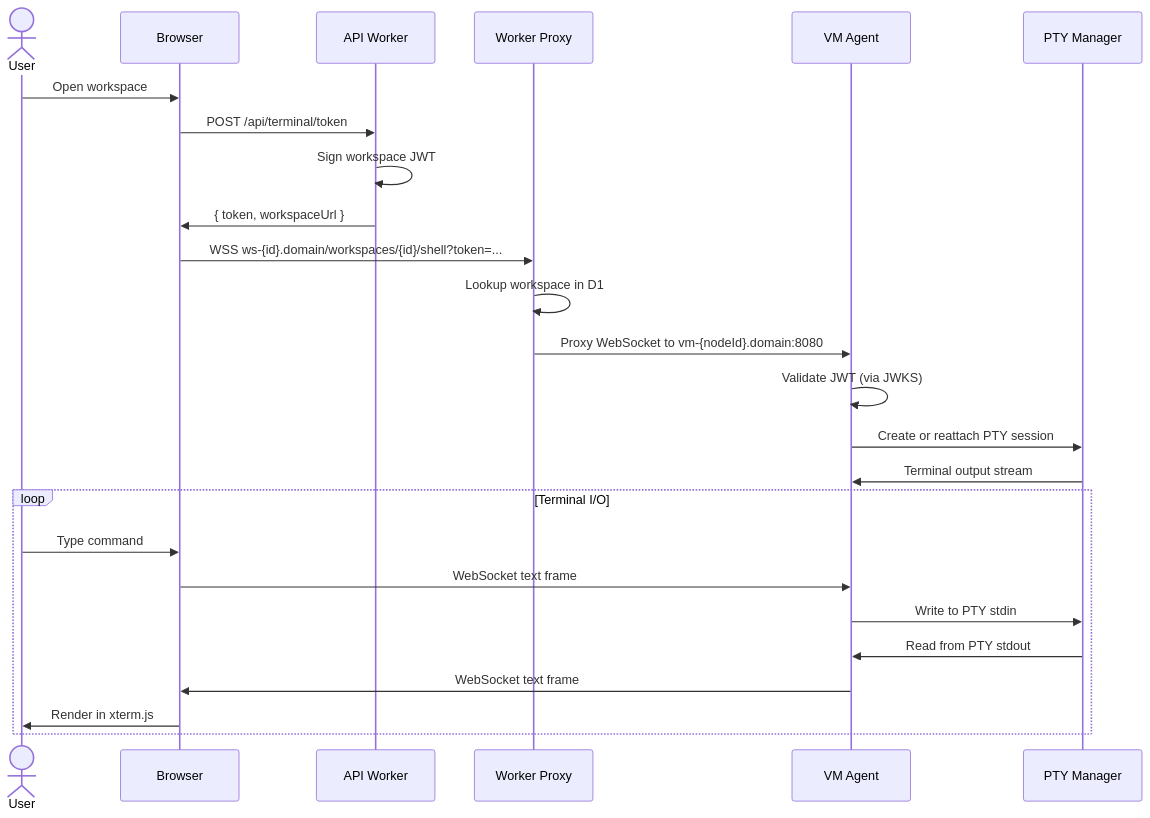
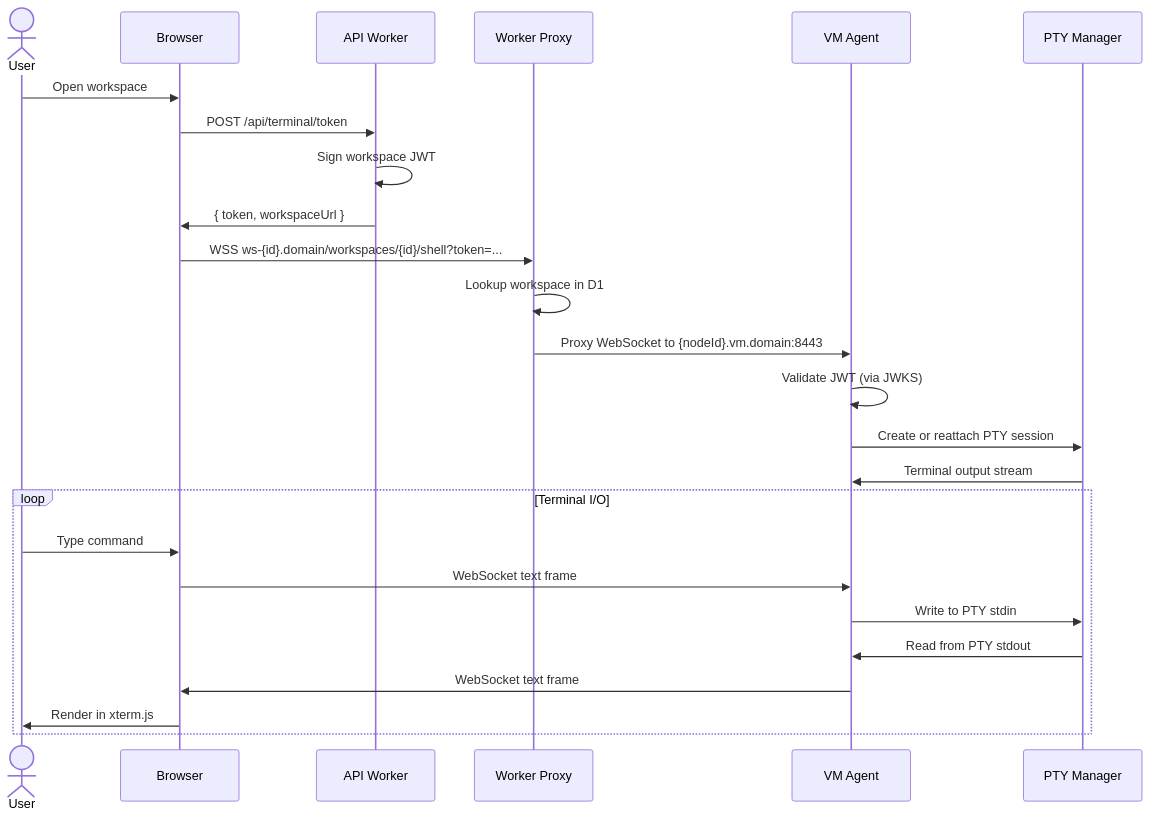
Before and after one commit to raphaeltm/simple-agent-manager: diagram 13 of 17 in docs/architecture/walkthrough.md, drawn with Mermaid. The commit also changed other lines of this file and 14 other files, not shown here.

````diff
--- a/docs/architecture/walkthrough.md
+++ b/docs/architecture/walkthrough.md
@@ -700,31 +700,31 @@
 ```mermaid
 sequenceDiagram
     actor User
     participant Browser
     participant API as API Worker
     participant Worker as Worker Proxy
     participant Agent as VM Agent
     participant PTY as PTY Manager
 
     User->>Browser: Open workspace
     Browser->>API: POST /api/terminal/token
     API->>API: Sign workspace JWT
     API->>Browser: { token, workspaceUrl }
 
     Browser->>Worker: WSS ws-{id}.domain/workspaces/{id}/shell?token=...
     Worker->>Worker: Lookup workspace in D1
-    Worker->>Agent: Proxy WebSocket to vm-{nodeId}.domain:8080
+    Worker->>Agent: Proxy WebSocket to {nodeId}.vm.domain:8443
 
     Agent->>Agent: Validate JWT (via JWKS)
     Agent->>PTY: Create or reattach PTY session
     PTY->>Agent: Terminal output stream
 
     loop Terminal I/O
         User->>Browser: Type command
         Browser->>Agent: WebSocket text frame
         Agent->>PTY: Write to PTY stdin
         PTY->>Agent: Read from PTY stdout
         Agent->>Browser: WebSocket text frame
         Browser->>User: Render in xterm.js
     end
 ```
````
